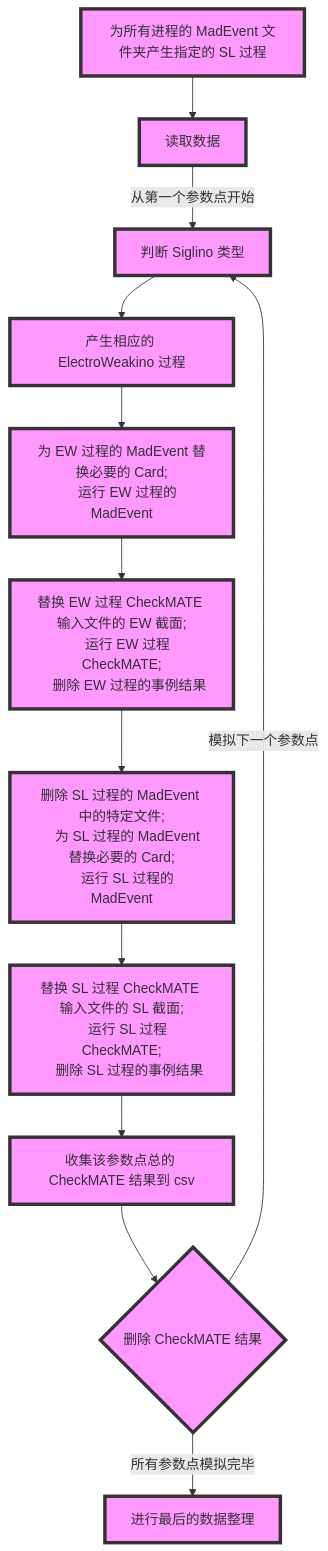
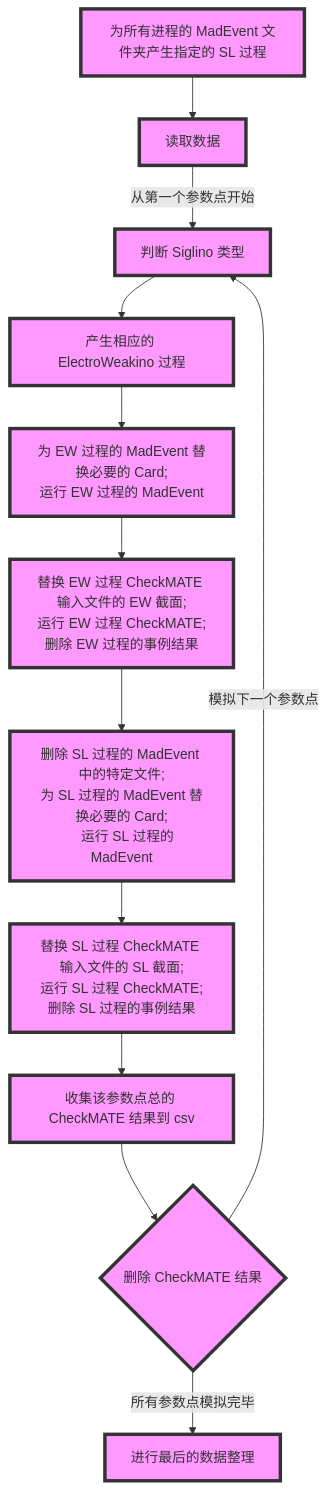
Before and after one commit to vooum/SUSYphe: the first of 10 diagrams in README.md, drawn with Mermaid. The commit also changed other lines of this file, not shown here.

Commit message:
修改错误

````diff
--- a/README.md
+++ b/README.md
@@ -60,32 +60,26 @@
 ```mermaid
 graph TB
     A[为所有进程的 MadEvent 文件夹产生指定的 SL 过程] --> B[读取数据];
     B --> |从第一个参数点开始| C[判断 Siglino 类型];
     C --> D[产生相应的 ElectroWeakino 过程];
-    D --> E[为 EW 过程的 MadEvent 替换必要的 Card;
-    运行 EW 过程的 MadEvent];
-    E --> F[替换 EW 过程 CheckMATE 输入文件的 EW 截面;
-    运行 EW 过程 CheckMATE;
-    删除 EW 过程的事例结果];
-    F --> G[删除 SL 过程的 MadEvent 中的特定文件;
-    为 SL 过程的 MadEvent 替换必要的 Card;
+    D --> E[为 EW 过程的 MadEvent 替换必要的 Card;<br/>运行 EW 过程的 MadEvent];
+    E --> F[替换 EW 过程 CheckMATE 输入文件的 EW 截面;<br/>运行 EW 过程 CheckMATE;<br/>删除 EW 过程的事例结果];
+    F --> G[删除 SL 过程的 MadEvent 中的特定文件;<br/>为 SL 过程的 MadEvent 替换必要的 Card;
     运行 SL 过程的 MadEvent];
-    G --> H[替换 SL 过程 CheckMATE 输入文件的 SL 截面;
-    运行 SL 过程 CheckMATE;
-    删除 SL 过程的事例结果];
+    G --> H[替换 SL 过程 CheckMATE 输入文件的 SL 截面;<br/>运行 SL 过程 CheckMATE;<br/>删除 SL 过程的事例结果];
     H --> I[收集该参数点总的 CheckMATE 结果到 csv];
     I --> J{删除 CheckMATE 结果};
     J --> |模拟下一个参数点|C;
     J --> |所有参数点模拟完毕|K[进行最后的数据整理];
     style A fill:#f9f,stroke:#333,stroke-width:4px;
     style B fill:#f9f,stroke:#333,stroke-width:4px;
     style C fill:#f9f,stroke:#333,stroke-width:4px;
     style D fill:#f9f,stroke:#333,stroke-width:4px;
     style E fill:#f9f,stroke:#333,stroke-width:4px;
     style F fill:#f9f,stroke:#333,stroke-width:4px;
     style G fill:#f9f,stroke:#333,stroke-width:4px;
     style H fill:#f9f,stroke:#333,stroke-width:4px;
     style I fill:#f9f,stroke:#333,stroke-width:4px;
     style J fill:#f9f,stroke:#333,stroke-width:4px;
     style K fill:#f9f,stroke:#333,stroke-width:4px;
 ```
````
